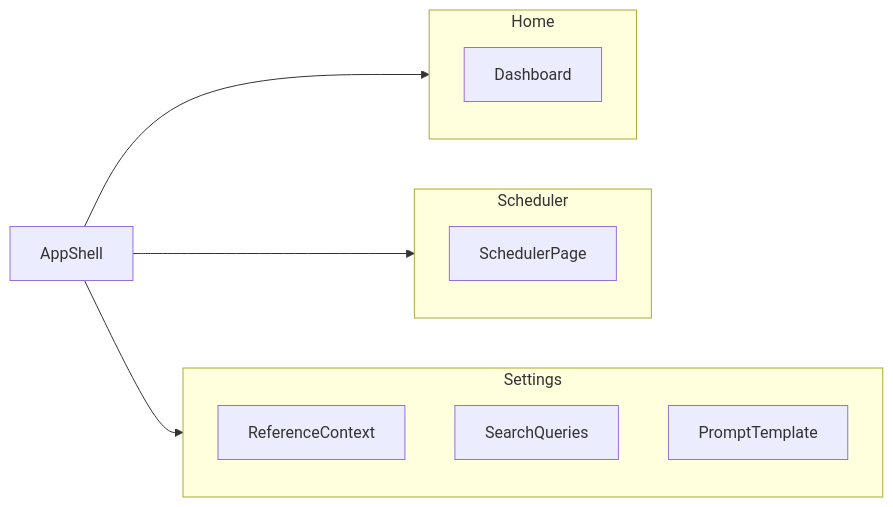
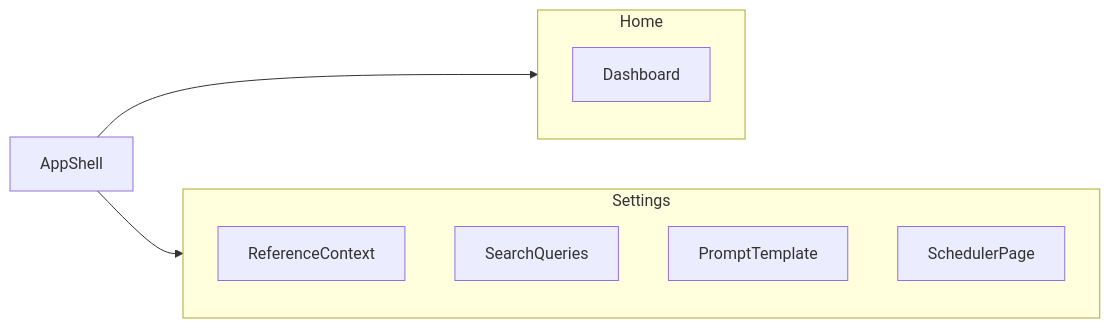
Before and after one commit to joposcragent/specifications: the diagram in front/README.md, drawn with Mermaid. The commit also changed other lines of this file and 2 other files, not shown here.

Commit message:
планировщик перенесен в раздел "настройки"

````diff
--- a/front/README.md
+++ b/front/README.md
@@ -28,17 +28,14 @@
 ```mermaid
 flowchart LR
   subgraph home [Home]
     dash[Dashboard]
   end
-  subgraph sched [Scheduler]
-    sch[SchedulerPage]
-  end
   subgraph settings [Settings]
     ref[ReferenceContext]
     sq[SearchQueries]
     pt[PromptTemplate]
+    sch[SchedulerPage]
   end
   shell[AppShell] --> home
-  shell --> sched
   shell --> settings
 ```
````
